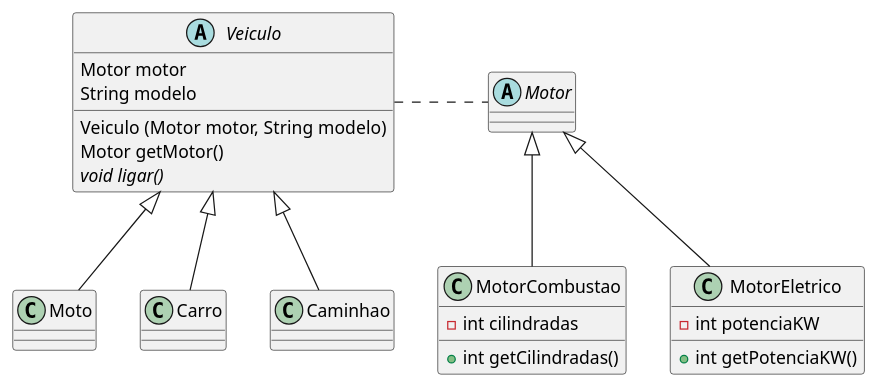
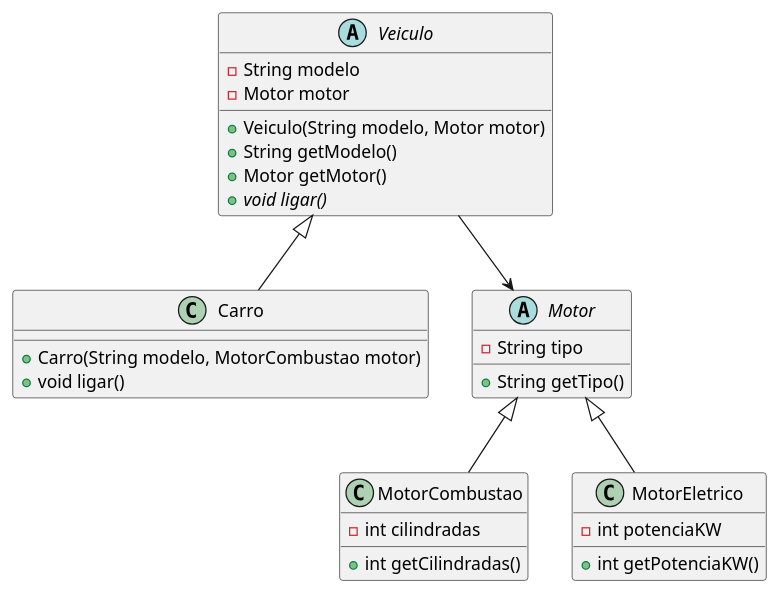
The first of 2 diagrams in src/posts/20_generics.md (20261-ifba-saj-ads-poo/blog), drawn with PlantUML before and after one commit. The commit also changed other lines of this file and 93 other files, not shown here.

````diff
--- a/src/posts/20_generics.md
+++ b/src/posts/20_generics.md
@@ -35,28 +50,34 @@
 ```plantuml
-abstract Veiculo{
-  Motor motor
-  String modelo
-  Veiculo (Motor motor, String modelo)
-  Motor getMotor()
-  {abstract} void ligar()
+@startuml
+abstract class Veiculo {
+  - String modelo
+  - Motor motor
+  + Veiculo(String modelo, Motor motor)
+  + String getModelo()
+  + Motor getMotor()
+  + {abstract} void ligar()
 }
 
-class Moto extends Veiculo
-class Carro extends Veiculo
-class Caminhao extends Veiculo
+class Carro extends Veiculo {
+  + Carro(String modelo, MotorCombustao motor)
+  + void ligar()
+}
 
-abstract Motor
+abstract class Motor {
+  - String tipo
+  + String getTipo()
+}
 
-class MotorCombustao extends Motor{
+class MotorCombustao extends Motor {
   - int cilindradas
   + int getCilindradas()
 }
 
-class MotorEletrico extends Motor{
+class MotorEletrico extends Motor {
   - int potenciaKW
   + int getPotenciaKW()
 }
 
-Veiculo . Motor
-
+Veiculo --> Motor
+@enduml
 ```
````
